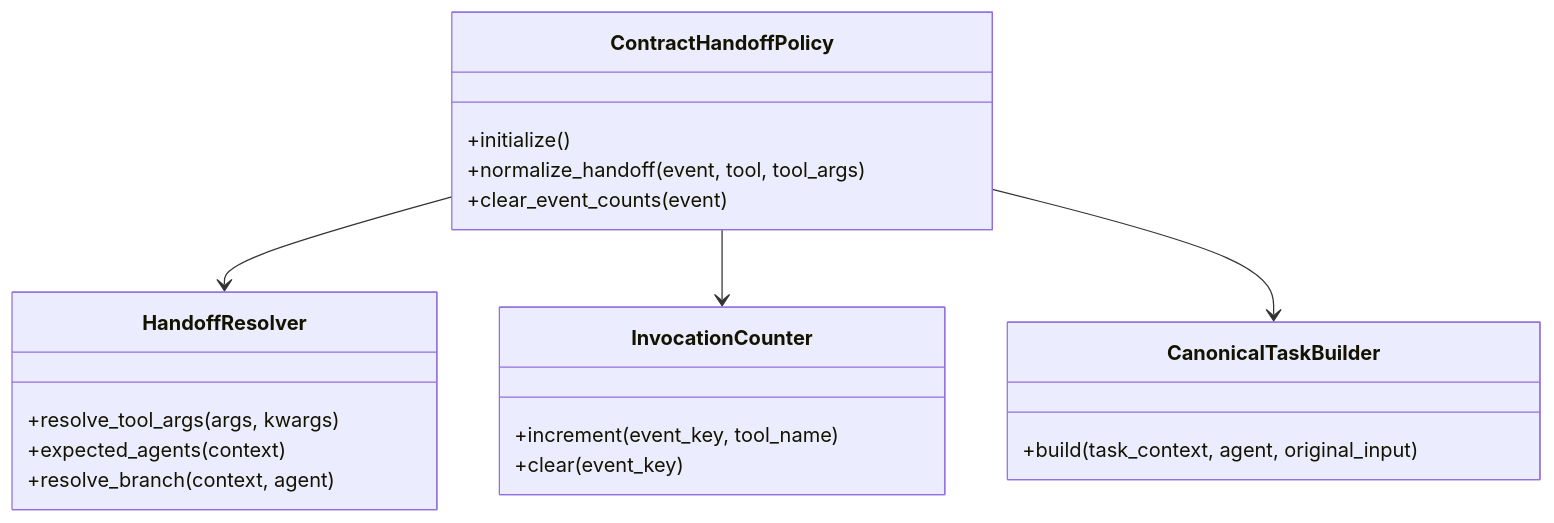
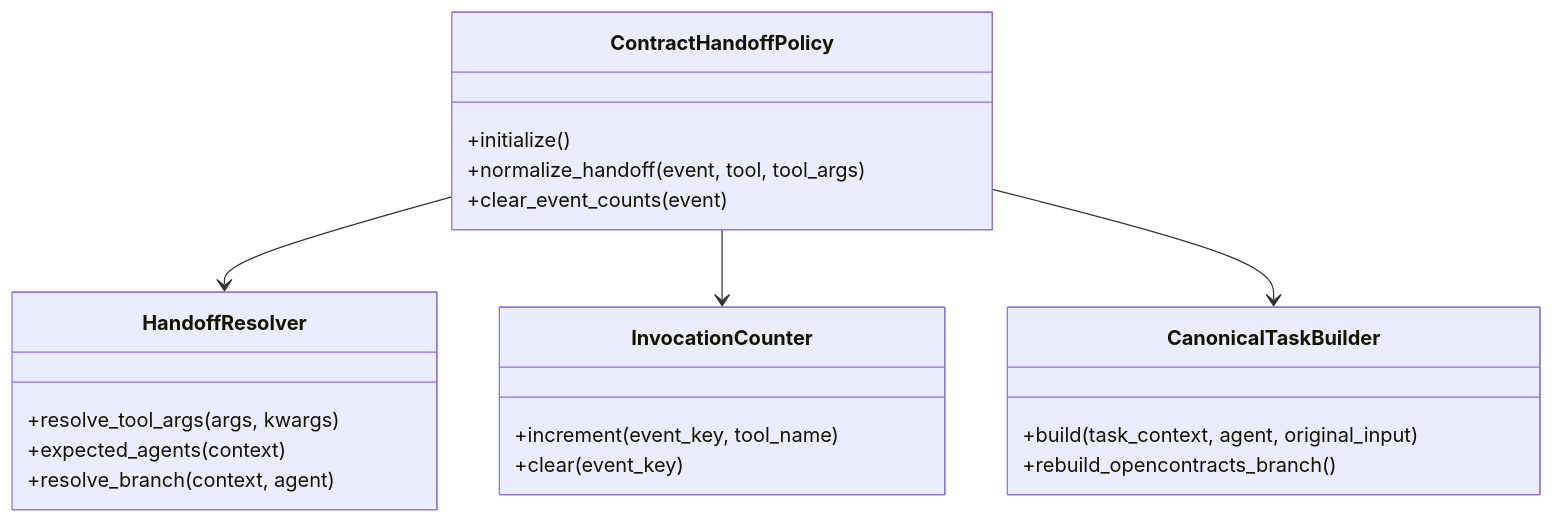
Before and after one commit to Ri0n72Y/ContractBotConfig: the first of 2 diagrams in plugins/astrbot_plugin_contract_handoff_policy/README.md, drawn with Mermaid. The commit also changed other lines of this file, not shown here.

````diff
--- a/plugins/astrbot_plugin_contract_handoff_policy/README.md
+++ b/plugins/astrbot_plugin_contract_handoff_policy/README.md
@@ -16,27 +53,28 @@
 ```mermaid
 classDiagram
     class ContractHandoffPolicy {
         +initialize()
         +normalize_handoff(event, tool, tool_args)
         +clear_event_counts(event)
     }
 
     class HandoffResolver {
         +resolve_tool_args(args, kwargs)
         +expected_agents(context)
         +resolve_branch(context, agent)
     }
 
     class InvocationCounter {
         +increment(event_key, tool_name)
         +clear(event_key)
     }
 
     class CanonicalTaskBuilder {
         +build(task_context, agent, original_input)
+        +rebuild_opencontracts_branch()
     }
 
     ContractHandoffPolicy --> HandoffResolver
     ContractHandoffPolicy --> InvocationCounter
     ContractHandoffPolicy --> CanonicalTaskBuilder
 ```
````
